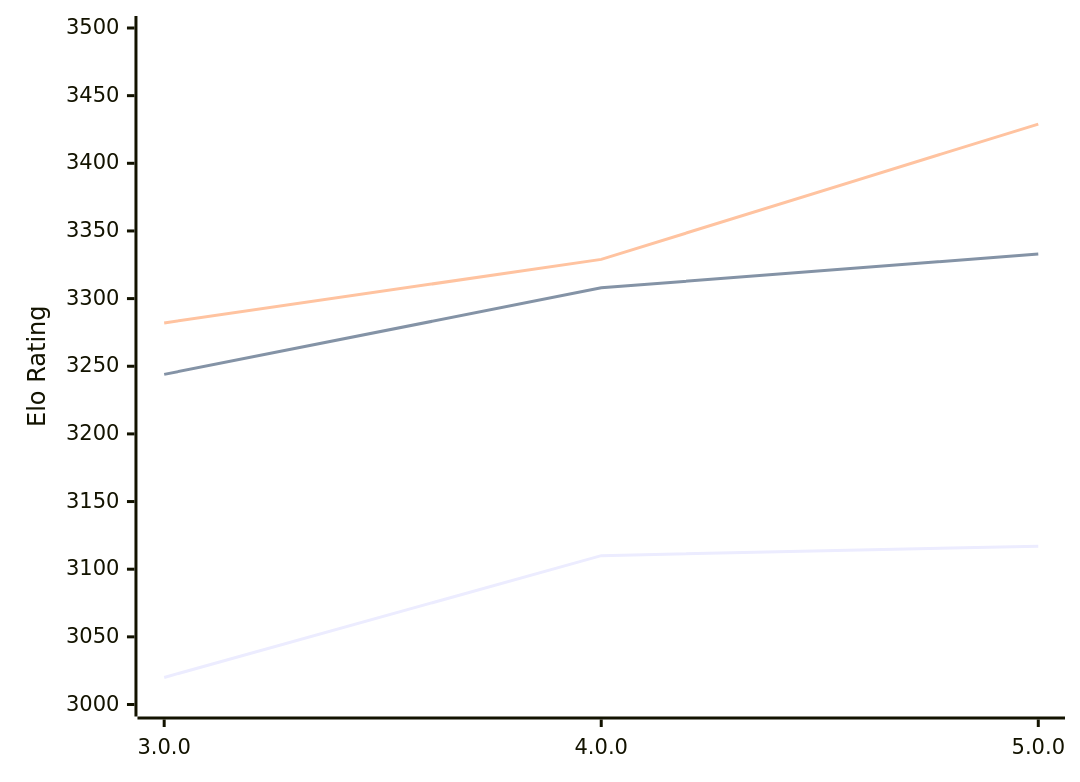
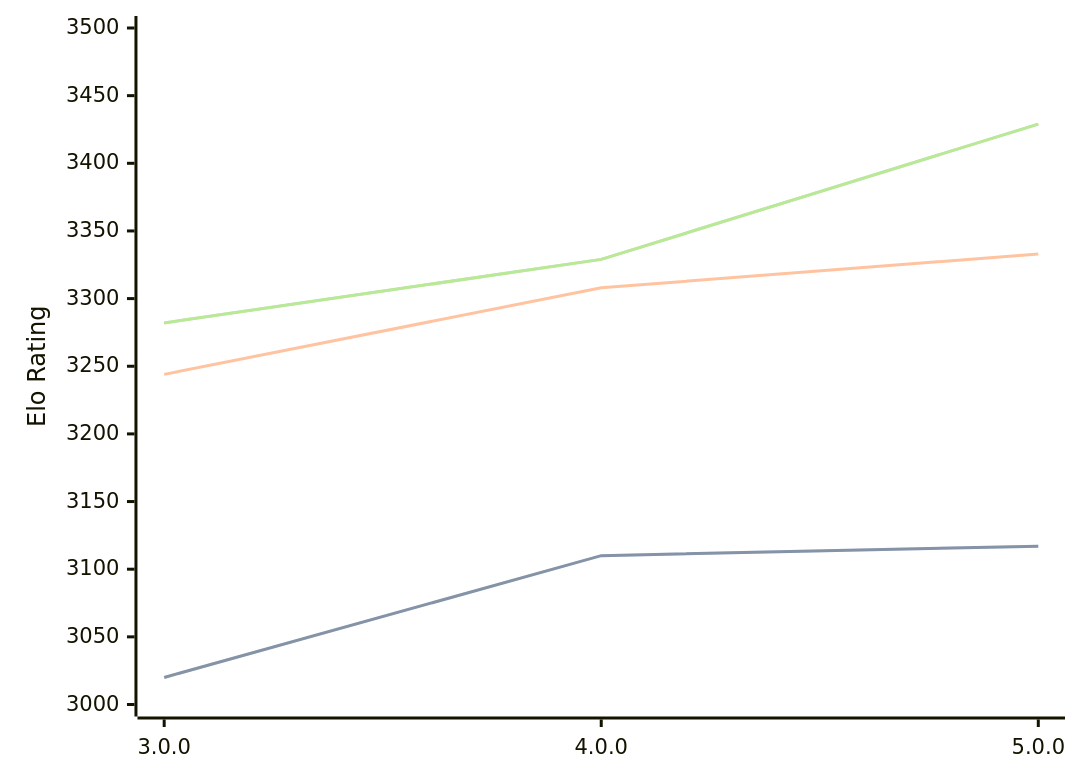
The diagram in engines/Minke.md (computer-chess-index/cci), drawn with Mermaid before and after one commit. The commit also changed other lines of this file, not shown here.

Commit message:
Update CCI Ratings (ELO VLTC) - 2026-02-13

````diff
--- a/engines/Minke.md
+++ b/engines/Minke.md
@@ -32,9 +32,11 @@
 ```mermaid
 %%{init: {"theme":"base","themeVariables":{"seriesColors:['#a3a3a3','#222221','#faa371']}}}%%
 xychart-beta
   x-axis ["3.0.0", "4.0.0", "5.0.0"]
   y-axis "Elo Rating" 3000 --> 3500
   line "STC (8.0+0.08s)" [3020, 3110, 3117]
+  line "STC (8.0+0.08s)" [3020, 3110, 3117]
   line "LTC (60.0+0.60s)" [3244, 3308, 3333]
   line "VLTC (2m24s+1.12s)" [3282, 3329, 3429]
+  line "VLTC (2m24s+1.12s)" [3282, 3329, 3429]
 ```
````
